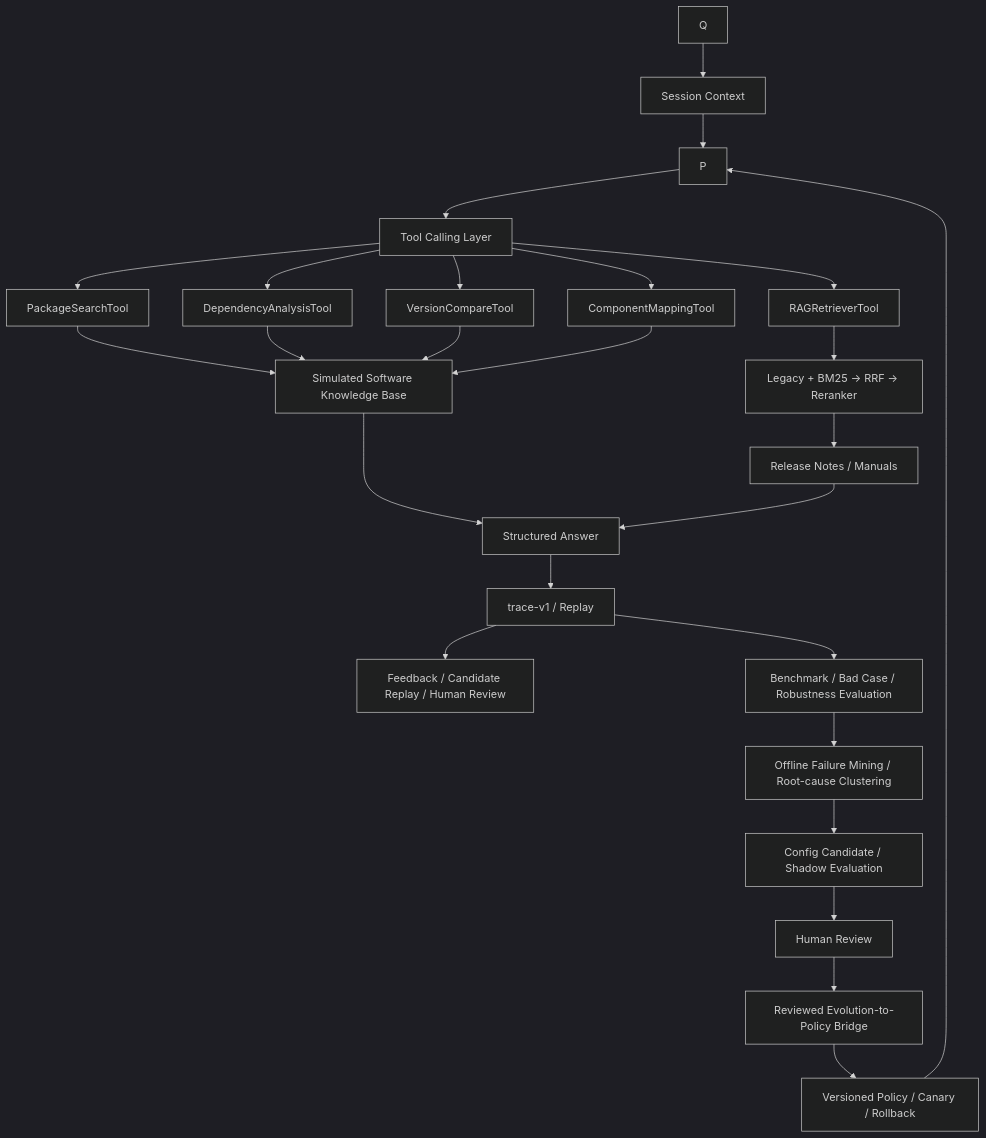
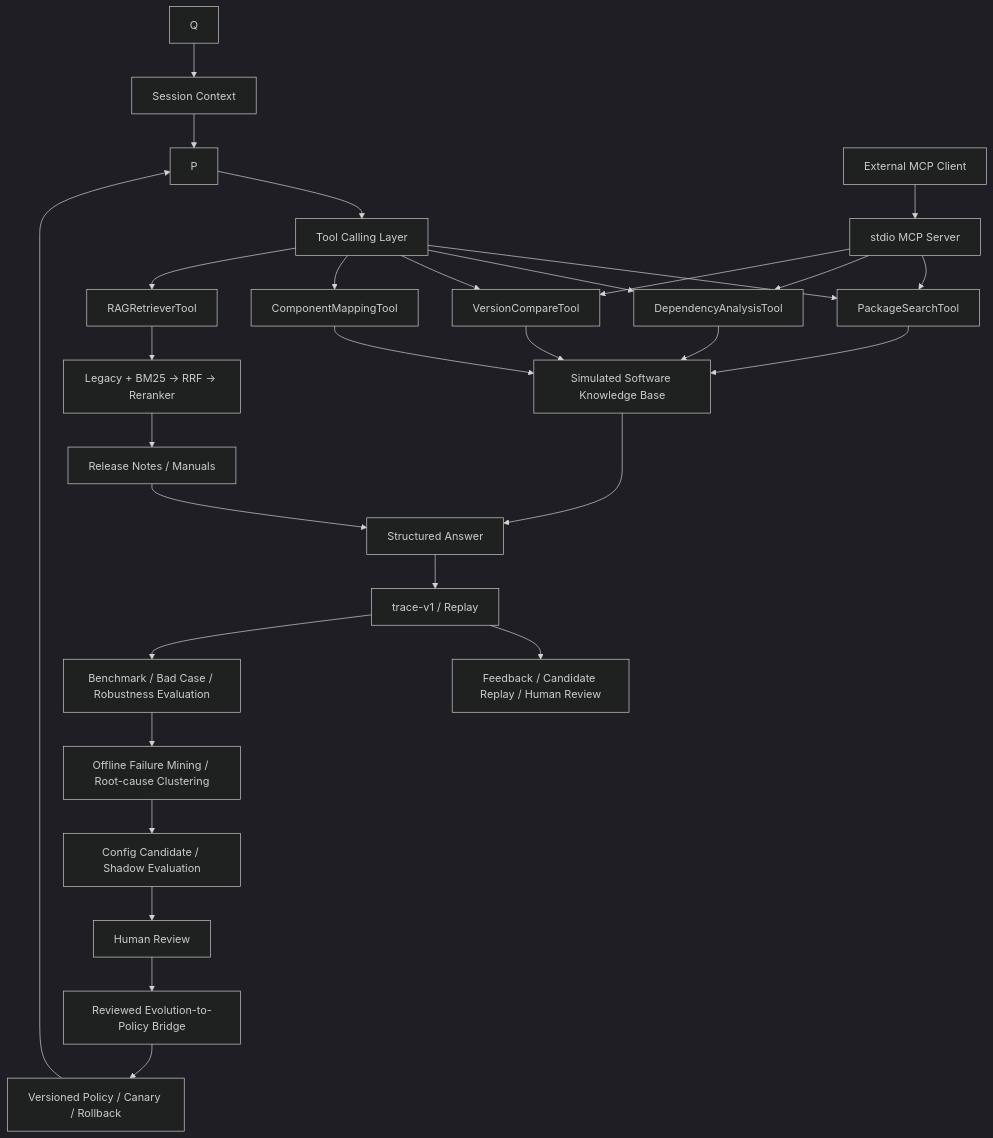
Before and after one commit to Isoldelu/software-engineering-agent: the diagram in README.md, drawn with Mermaid (dark theme). The commit also changed other lines of this file and 18 other files, not shown here.

Commit message:
Complete Step 37 MCP stdio tool server

````diff
--- a/README.md
+++ b/README.md
@@ -170,28 +183,32 @@
 ```mermaid
 flowchart TD
     Q --> CTX["Session Context"]
     CTX --> P
     P --> T["Tool Calling Layer"]
     T --> PKG["PackageSearchTool"]
     T --> DEP["DependencyAnalysisTool"]
     T --> VER["VersionCompareTool"]
     T --> CMP["ComponentMappingTool"]
     T --> RAG["RAGRetrieverTool"]
     PKG --> KB["Simulated Software Knowledge Base"]
     DEP --> KB
     VER --> KB
     CMP --> KB
     RAG --> RET["Legacy + BM25 -> RRF -> Reranker"]
     RET --> DOC["Release Notes / Manuals"]
     KB --> A["Structured Answer"]
     DOC --> A
     A --> TRAJ["trace-v1 / Replay"]
     TRAJ --> FB["Feedback / Candidate Replay / Human Review"]
     TRAJ --> EVAL["Benchmark / Bad Case / Robustness Evaluation"]
     EVAL --> EVO["Offline Failure Mining / Root-cause Clustering"]
     EVO --> SHADOW["Config Candidate / Shadow Evaluation"]
     SHADOW --> REVIEW["Human Review"]
     REVIEW --> BRIDGE["Reviewed Evolution-to-Policy Bridge"]
     BRIDGE --> POLICY["Versioned Policy / Canary / Rollback"]
     POLICY --> P
+    MCPCLIENT["External MCP Client"] --> MCPSERVER["stdio MCP Server"]
+    MCPSERVER --> PKG
+    MCPSERVER --> DEP
+    MCPSERVER --> VER
 ```
````
